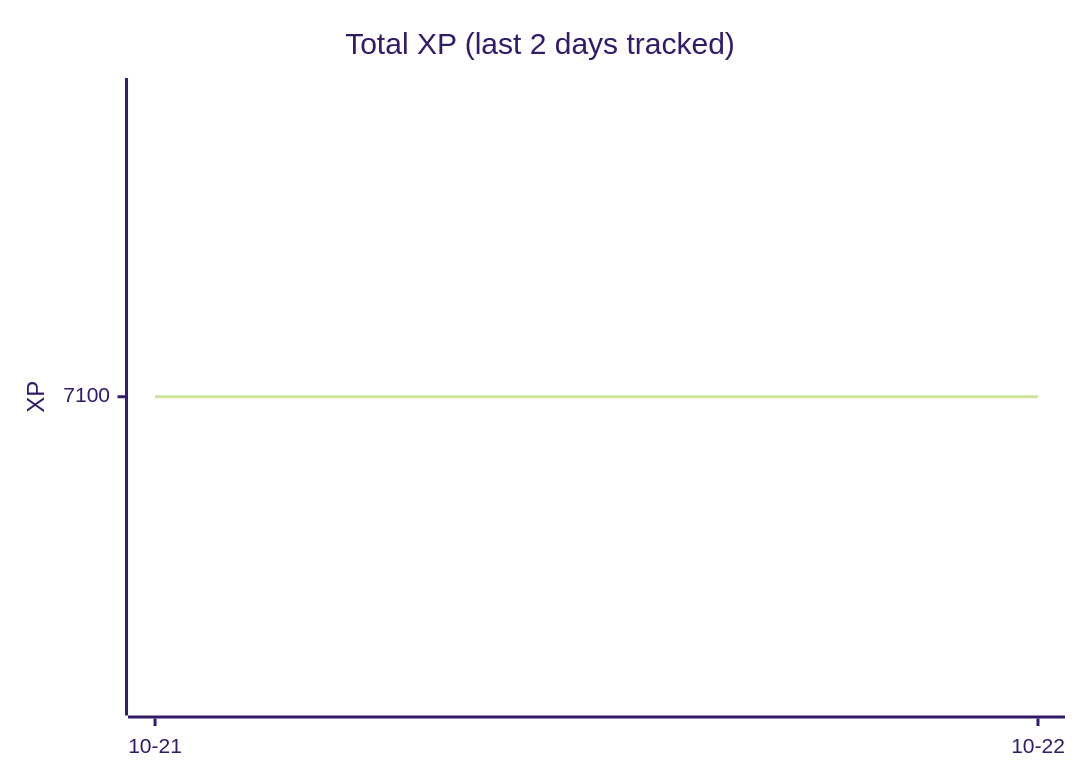
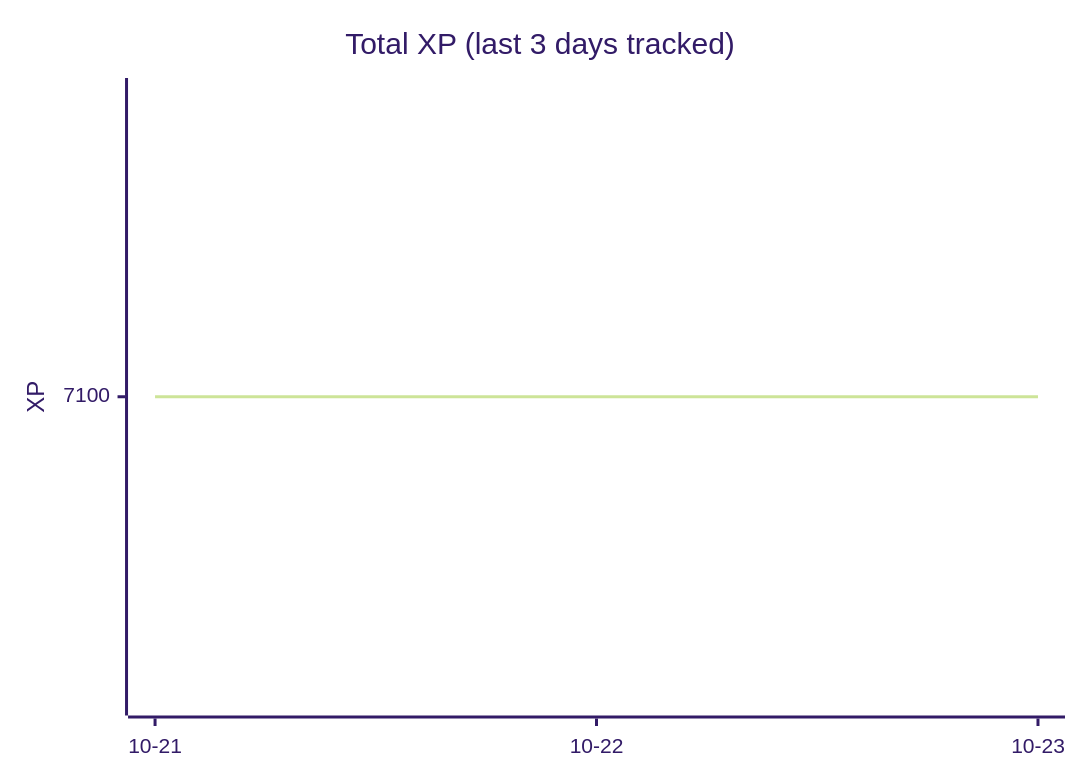
Before and after one commit to ASR222/bootdev-progress: the diagram in README.md, drawn with Mermaid (forest theme). The commit also changed other lines of this file and 1 other file, not shown here.

Commit message:
Boot.dev progress: 2026-10-22

````diff
--- a/README.md
+++ b/README.md
@@ -14,7 +14,7 @@
 ```mermaid
 xychart-beta
-    title "Total XP (last 2 days tracked)"
-    x-axis ["10-21", "10-22"]
+    title "Total XP (last 3 days tracked)"
+    x-axis ["10-21", "10-22", "10-23"]
     y-axis "XP"
-    line [7100, 7100]
+    line [7100, 7100, 7100]
 ```
````
